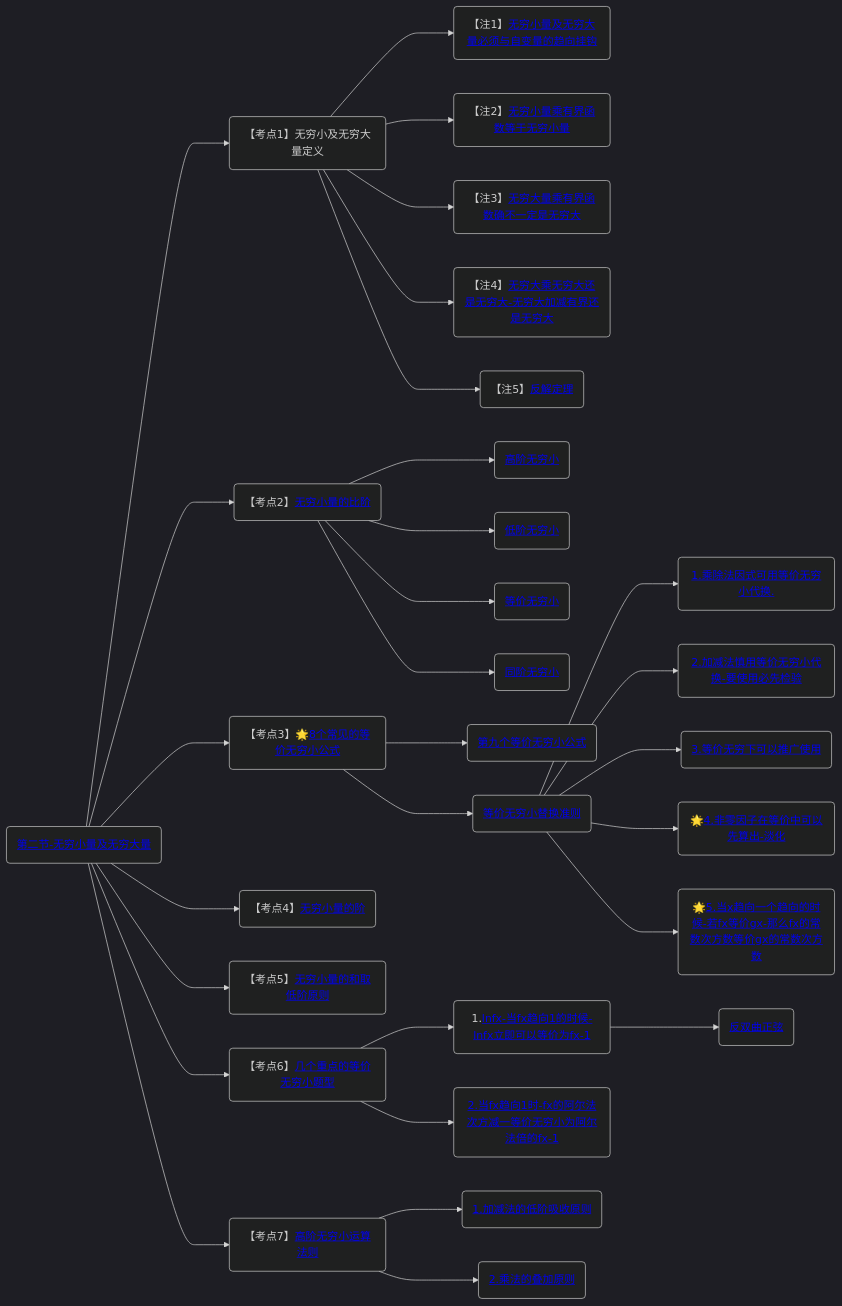
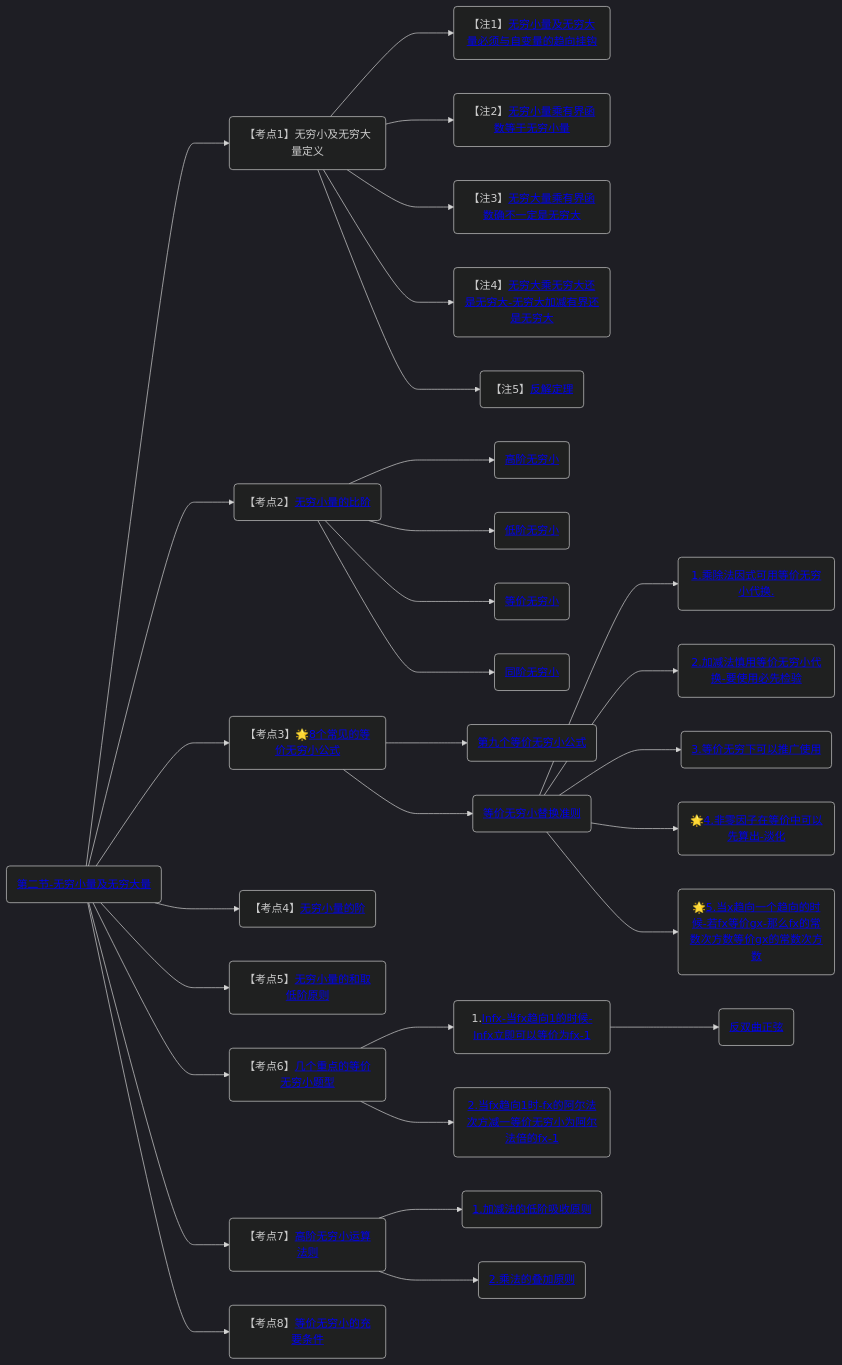
Before and after one commit to yuebinghui/note: the second of 2 diagrams in 笔记/数学/周洋鑫/基础班/00.大纲.md, drawn with Mermaid (dark theme). The commit also changed 7 other files, not shown here.

````diff
--- a/笔记/数学/周洋鑫/基础班/00.大纲.md
+++ b/笔记/数学/周洋鑫/基础班/00.大纲.md
@@ -41,42 +41,44 @@
 ```mermaid
 graph LR
 
 第二节-无穷小量及无穷大量(<a href="/Users/yuebinghui/Documents/program/github/note/笔记/数学/周洋鑫/基础班/02.无穷小量及无穷大量.md#第二节-无穷小量及无穷大量">第二节-无穷小量及无穷大量</>)
 
 第二节-无穷小量及无穷大量--->无穷小及无穷大量定义(【考点1】无穷小及无穷大量定义)
 
 无穷小及无穷大量定义--->无穷小量及无穷大量必须与自变量的趋向挂钩(【注1】<a href="/Users/yuebinghui/Documents/program/github/note/笔记/数学/周洋鑫/基础班/02.无穷小量及无穷大量.md#无穷小量及无穷大量必须与自变量的趋向挂钩">无穷小量及无穷大量必须与自变量的趋向挂钩</>)
 无穷小及无穷大量定义--->无穷小量乘有界函数等于无穷小量(【注2】<a href="/Users/yuebinghui/Documents/program/github/note/笔记/数学/周洋鑫/基础班/02.无穷小量及无穷大量.md#无穷小量乘有界函数等于无穷小量">无穷小量乘有界函数等于无穷小量</>)
 无穷小及无穷大量定义--->无穷大量乘有界函数确不一定是无穷大(【注3】<a href="/Users/yuebinghui/Documents/program/github/note/笔记/数学/周洋鑫/基础班/02.无穷小量及无穷大量.md#无穷大量乘有界函数确不一定是无穷大">无穷大量乘有界函数确不一定是无穷大</>)
 无穷小及无穷大量定义--->无穷大乘无穷大还是无穷大-无穷大加减有界还是无穷大(【注4】<a href="/Users/yuebinghui/Documents/program/github/note/笔记/数学/周洋鑫/基础班/02.无穷小量及无穷大量.md#无穷大乘无穷大还是无穷大-无穷大加减有界还是无穷大">无穷大乘无穷大还是无穷大-无穷大加减有界还是无穷大</>)
 无穷小及无穷大量定义--->反解定理(【注5】<a href="/Users/yuebinghui/Documents/program/github/note/笔记/数学/周洋鑫/基础班/02.无穷小量及无穷大量.md#反解定理">反解定理</>)
 
 第二节-无穷小量及无穷大量--->无穷小量的比阶(【考点2】<a href="/Users/yuebinghui/Documents/program/github/note/笔记/数学/周洋鑫/基础班/02.无穷小量及无穷大量.md#无穷小量的比阶">无穷小量的比阶</>)
 无穷小量的比阶--->高阶无穷小(<a href="/Users/yuebinghui/Documents/program/github/note/笔记/数学/周洋鑫/基础班/02.无穷小量及无穷大量.md#高阶无穷小">高阶无穷小</>)
 无穷小量的比阶--->低阶无穷小(<a href="/Users/yuebinghui/Documents/program/github/note/笔记/数学/周洋鑫/基础班/02.无穷小量及无穷大量.md#低阶无穷小">低阶无穷小</>)
 无穷小量的比阶--->等价无穷小(<a href="/Users/yuebinghui/Documents/program/github/note/笔记/数学/周洋鑫/基础班/02.无穷小量及无穷大量.md#等价无穷小">等价无穷小</>)
 无穷小量的比阶--->同阶无穷小(<a href="/Users/yuebinghui/Documents/program/github/note/笔记/数学/周洋鑫/基础班/02.无穷小量及无穷大量.md#同阶无穷小">同阶无穷小</>)
 
 第二节-无穷小量及无穷大量--->8个常见的等价无穷小公式(【考点3】🌟<a href="/Users/yuebinghui/Documents/program/github/note/笔记/数学/周洋鑫/基础班/02.无穷小量及无穷大量.md#8个常见的等价无穷小公式">8个常见的等价无穷小公式</>)
 8个常见的等价无穷小公式--->第九个等价无穷小公式(<a href="/Users/yuebinghui/Documents/program/github/note/笔记/数学/周洋鑫/基础班/02.无穷小量及无穷大量.md#第九个等价无穷小公式">第九个等价无穷小公式</>)
 8个常见的等价无穷小公式--->等价无穷小替换准则(<a href="/Users/yuebinghui/Documents/program/github/note/笔记/数学/周洋鑫/基础班/02.无穷小量及无穷大量.md#等价无穷小替换准则">等价无穷小替换准则</>)
 等价无穷小替换准则--->1.乘除法因式可用等价无穷小代换.(<a href="/Users/yuebinghui/Documents/program/github/note/笔记/数学/周洋鑫/基础班/02.无穷小量及无穷大量.md#1.乘除法因式可用等价无穷小代换.">1.乘除法因式可用等价无穷小代换.</>)
 等价无穷小替换准则--->2.加减法慎用等价无穷小代换-要使用必先检验(<a href="/Users/yuebinghui/Documents/program/github/note/笔记/数学/周洋鑫/基础班/02.无穷小量及无穷大量.md#2.加减法慎用等价无穷小代换-要使用必先检验">2.加减法慎用等价无穷小代换-要使用必先检验</>)
 等价无穷小替换准则--->3.等价无穷下可以推广使用(<a href="/Users/yuebinghui/Documents/program/github/note/笔记/数学/周洋鑫/基础班/02.无穷小量及无穷大量.md#3.等价无穷下可以推广使用">3.等价无穷下可以推广使用</>)
 等价无穷小替换准则--->4.非零因子在等价中可以先算出-淡化(🌟<a href="/Users/yuebinghui/Documents/program/github/note/笔记/数学/周洋鑫/基础班/02.无穷小量及无穷大量.md#4.非零因子在等价中可以先算出-淡化">4.非零因子在等价中可以先算出-淡化</>)
 等价无穷小替换准则--->5.当x趋向一个趋向的时候-若fx等价gx-那么fx的常数次方数等价gx的常数次方数(🌟<a href="/Users/yuebinghui/Documents/program/github/note/笔记/数学/周洋鑫/基础班/02.无穷小量及无穷大量.md#5.当x趋向一个趋向的时候-若fx等价gx-那么fx的常数次方数等价gx的常数次方数">5.当x趋向一个趋向的时候-若fx等价gx-那么fx的常数次方数等价gx的常数次方数</>)
 
 第二节-无穷小量及无穷大量--->无穷小量的阶(【考点4】<a href="/Users/yuebinghui/Documents/program/github/note/笔记/数学/周洋鑫/基础班/02.无穷小量及无穷大量.md#无穷小量的阶">无穷小量的阶</>)
 
 第二节-无穷小量及无穷大量--->无穷小量的和取低阶原则(【考点5】<a href="/Users/yuebinghui/Documents/program/github/note/笔记/数学/周洋鑫/基础班/02.无穷小量及无穷大量.md#无穷小量的和取低阶原则">无穷小量的和取低阶原则</>)
 
 第二节-无穷小量及无穷大量--->几个重点的等价无穷小题型(【考点6】<a href="/Users/yuebinghui/Documents/program/github/note/笔记/数学/周洋鑫/基础班/02.无穷小量及无穷大量.md#几个重点的等价无穷小题型">几个重点的等价无穷小题型</>)
 几个重点的等价无穷小题型--->lnfx-当fx趋向1的时候-lnfx立即可以等价为fx-1(1.<a href="/Users/yuebinghui/Documents/program/github/note/笔记/数学/周洋鑫/基础班/02.无穷小量及无穷大量.md#lnfx-当fx趋向1的时候-lnfx立即可以等价为fx-1">lnfx-当fx趋向1的时候-lnfx立即可以等价为fx-1</>)
 lnfx-当fx趋向1的时候-lnfx立即可以等价为fx-1--->反双曲正弦(<a href="/Users/yuebinghui/Documents/program/github/note/笔记/数学/周洋鑫/基础班/02.无穷小量及无穷大量.md#反双曲正弦">反双曲正弦</>)
 几个重点的等价无穷小题型--->2.当fx趋向1时-fx的阿尔法次方减一等价无穷小为阿尔法倍的fx-1(<a href="/Users/yuebinghui/Documents/program/github/note/笔记/数学/周洋鑫/基础班/02.无穷小量及无穷大量.md#2.当fx趋向1时-fx的阿尔法次方减一等价无穷小为阿尔法倍的fx-1">2.当fx趋向1时-fx的阿尔法次方减一等价无穷小为阿尔法倍的fx-1</>)
 
 第二节-无穷小量及无穷大量--->高阶无穷小运算法则(【考点7】<a href="/Users/yuebinghui/Documents/program/github/note/笔记/数学/周洋鑫/基础班/03.泰勒公式-洛必达法则.md#高阶无穷小运算法则">高阶无穷小运算法则</>)
 高阶无穷小运算法则--->1.加减法的低阶吸收原则(<a href="/Users/yuebinghui/Documents/program/github/note/笔记/数学/周洋鑫/基础班/03.泰勒公式-洛必达法则.md#1.加减法的低阶吸收原则">1.加减法的低阶吸收原则</>)
 高阶无穷小运算法则--->2.乘法的叠加原则(<a href="/Users/yuebinghui/Documents/program/github/note/笔记/数学/周洋鑫/基础班/03.泰勒公式-洛必达法则.md#2.乘法的叠加原则">2.乘法的叠加原则</>)
 
+第二节-无穷小量及无穷大量--->等价无穷小的充要条件(【考点8】<a href="/Users/yuebinghui/Documents/program/github/note/笔记/数学/周洋鑫/基础班/03.泰勒公式-洛必达法则.md#等价无穷小的充要条件">等价无穷小的充要条件</>)
+
 ```
````
